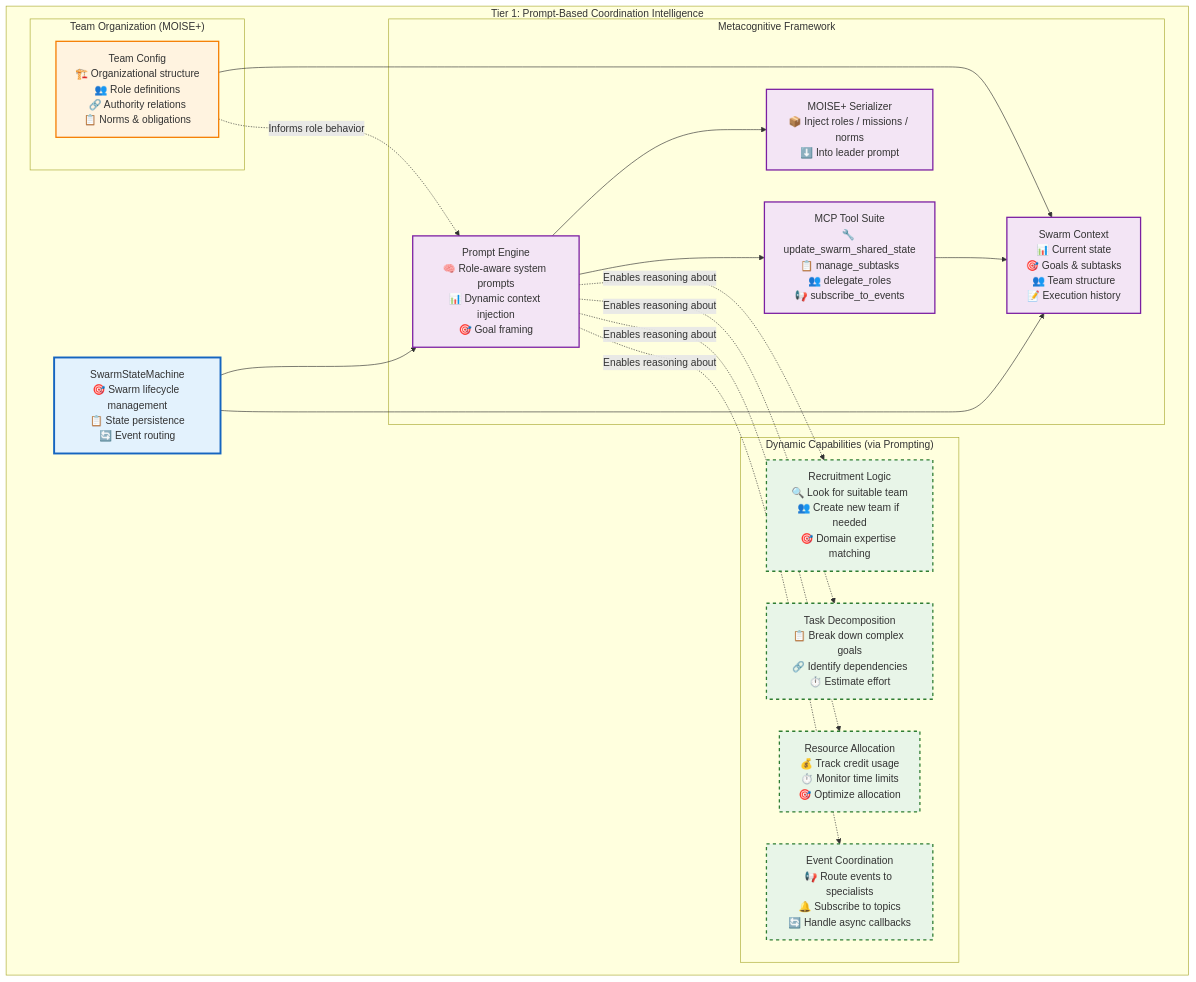
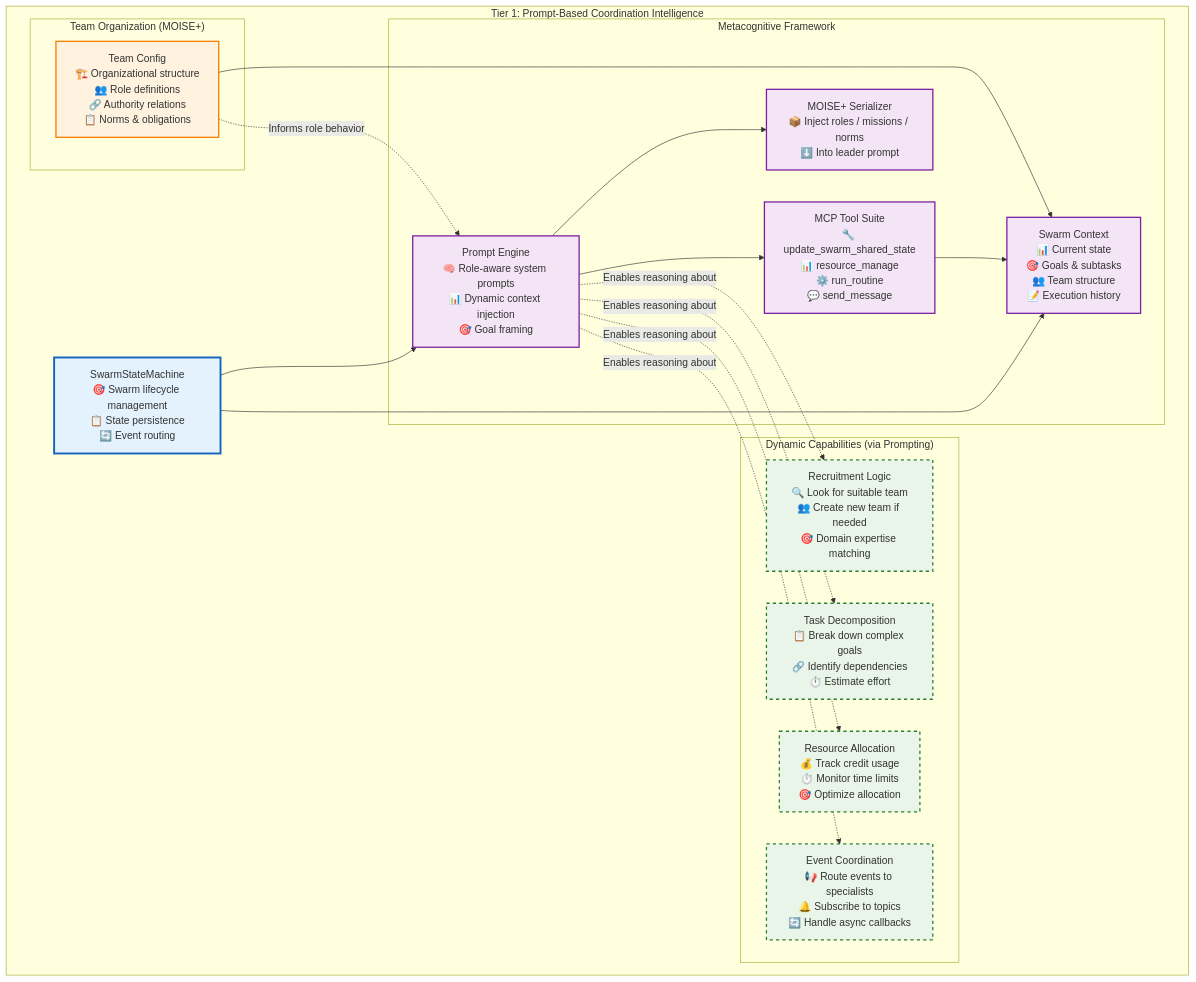
The diagram in docs/architecture/execution/tiers/tier1-coordination-intelligence/README.md (Vrooli/Vrooli), drawn with Mermaid before and after one commit. The commit also changed other lines of this file and 13 other files, not shown here.

````diff
--- a/docs/architecture/execution/tiers/tier1-coordination-intelligence/README.md
+++ b/docs/architecture/execution/tiers/tier1-coordination-intelligence/README.md
@@ -19,56 +21,56 @@
 ```mermaid
 graph TB
     subgraph "Tier 1: Prompt-Based Coordination Intelligence"
         SwarmStateMachine[SwarmStateMachine<br/>🎯 Swarm lifecycle management<br/>📋 State persistence<br/>🔄 Event routing]
         
         subgraph "Metacognitive Framework"
             PromptEngine[Prompt Engine<br/>🧠 Role-aware system prompts<br/>📊 Dynamic context injection<br/>🎯 Goal framing]
             
             MoiseSerializer[MOISE+ Serializer<br/>📦 Inject roles / missions / norms<br/>⬇️ Into leader prompt]
             
-            MCPTools[MCP Tool Suite<br/>🔧 update_swarm_shared_state<br/>📋 manage_subtasks<br/>👥 delegate_roles<br/>📢 subscribe_to_events]
+            MCPTools[MCP Tool Suite<br/>🔧 update_swarm_shared_state<br/>📊 resource_manage<br/>⚙️ run_routine<br/>💬 send_message]
             
             SwarmContext[Swarm Context<br/>📊 Current state<br/>🎯 Goals & subtasks<br/>👥 Team structure<br/>📝 Execution history]
         end
         
         subgraph "Dynamic Capabilities (via Prompting)"
             RecruitmentLogic[Recruitment Logic<br/>🔍 Look for suitable team<br/>👥 Create new team if needed<br/>🎯 Domain expertise matching]
             
             TaskDecomposition[Task Decomposition<br/>📋 Break down complex goals<br/>🔗 Identify dependencies<br/>⏱️ Estimate effort]
             
             ResourceAllocation[Resource Allocation<br/>💰 Track credit usage<br/>⏱️ Monitor time limits<br/>🎯 Optimize allocation]
             
             EventCoordination[Event Coordination<br/>📢 Route events to specialists<br/>🔔 Subscribe to topics<br/>🔄 Handle async callbacks]
         end
         
         subgraph "Team Organization (MOISE+)"
             TeamConfig[Team Config<br/>🏗️ Organizational structure<br/>👥 Role definitions<br/>🔗 Authority relations<br/>📋 Norms & obligations]
         end
     end
     
     %% Connections
     SwarmStateMachine --> PromptEngine
     SwarmStateMachine --> SwarmContext
     PromptEngine --> MoiseSerializer
     PromptEngine --> MCPTools
     MCPTools --> SwarmContext
     
     %% Dynamic capabilities emerge from prompting
     PromptEngine -.->|"Enables reasoning about"| RecruitmentLogic
     PromptEngine -.->|"Enables reasoning about"| TaskDecomposition
     PromptEngine -.->|"Enables reasoning about"| ResourceAllocation
     PromptEngine -.->|"Enables reasoning about"| EventCoordination
     
     TeamConfig --> SwarmContext
     TeamConfig -.->|"Informs role behavior"| PromptEngine
     
     classDef orchestrator fill:#e3f2fd,stroke:#1565c0,stroke-width:3px
     classDef framework fill:#f3e5f5,stroke:#7b1fa2,stroke-width:2px
     classDef dynamic fill:#e8f5e8,stroke:#2e7d32,stroke-width:2px,stroke-dasharray:5 5
     classDef team fill:#fff3e0,stroke:#f57c00,stroke-width:2px
     
     class SwarmStateMachine orchestrator
     class PromptEngine,MoiseSerializer,MCPTools,SwarmContext framework
     class RecruitmentLogic,TaskDecomposition,ResourceAllocation,EventCoordination dynamic
     class TeamConfig team
 ```
````
